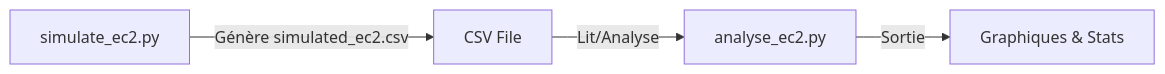
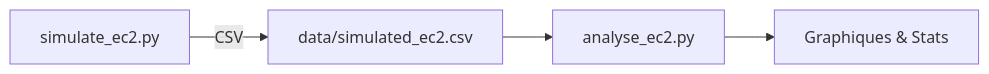
Before and after one commit to julienESN/ec2_greencost: the diagram in README.md, drawn with Mermaid. The commit also changed other lines of this file and 3 other files, not shown here.

````diff
--- a/README.md
+++ b/README.md
@@ -23,6 +14,6 @@
 ```mermaid
 flowchart LR
-    A[simulate_ec2.py] -->|Génère simulated_ec2.csv| B[CSV File]
-    B -->|Lit/Analyse| C[analyse_ec2.py]
-    C -->|Sortie| D[Graphiques & Stats]
+    A[simulate_ec2.py] -->|CSV| B[data/simulated_ec2.csv]
+    B --> C[analyse_ec2.py]
+    C --> D[Graphiques & Stats]
 ```
````
